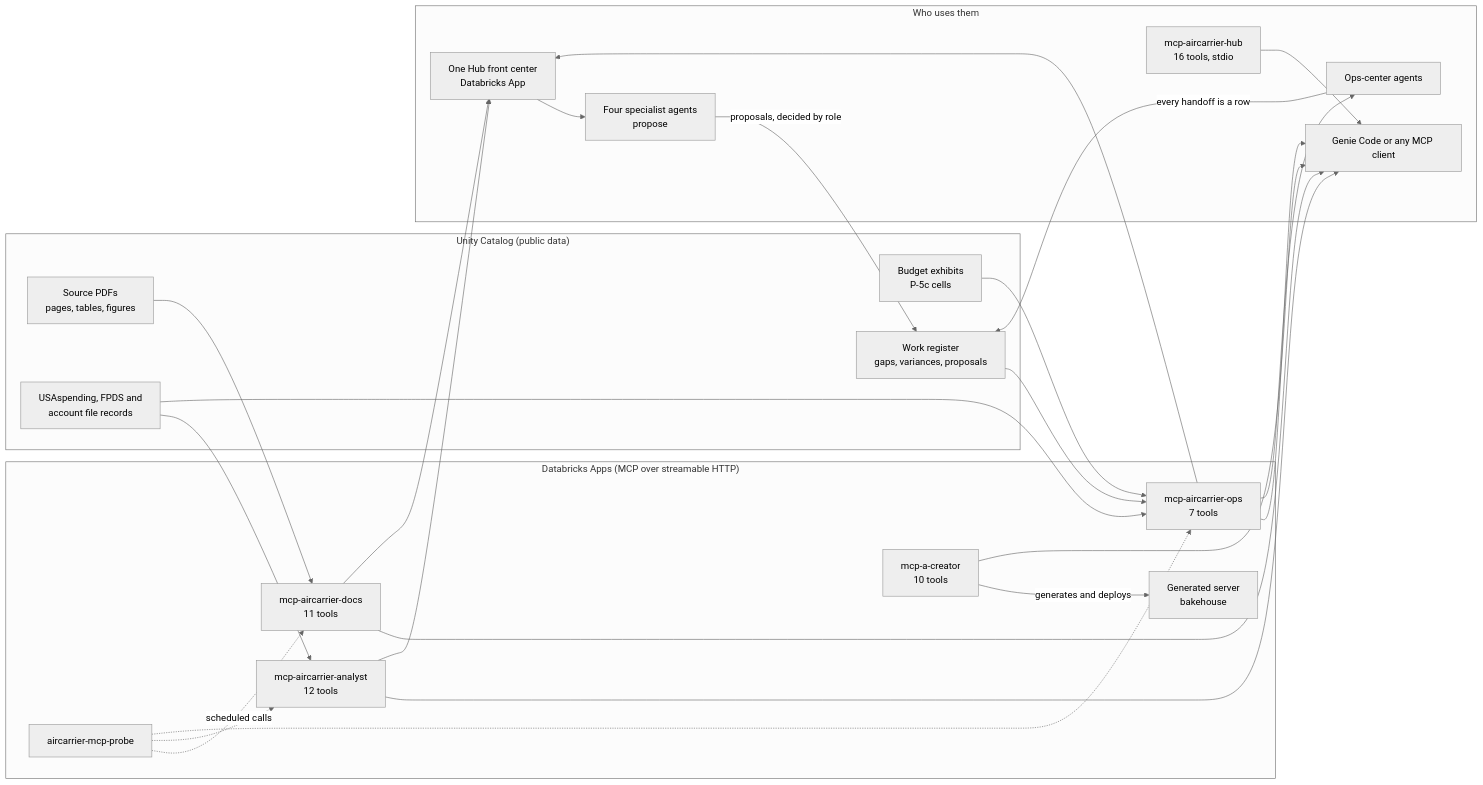
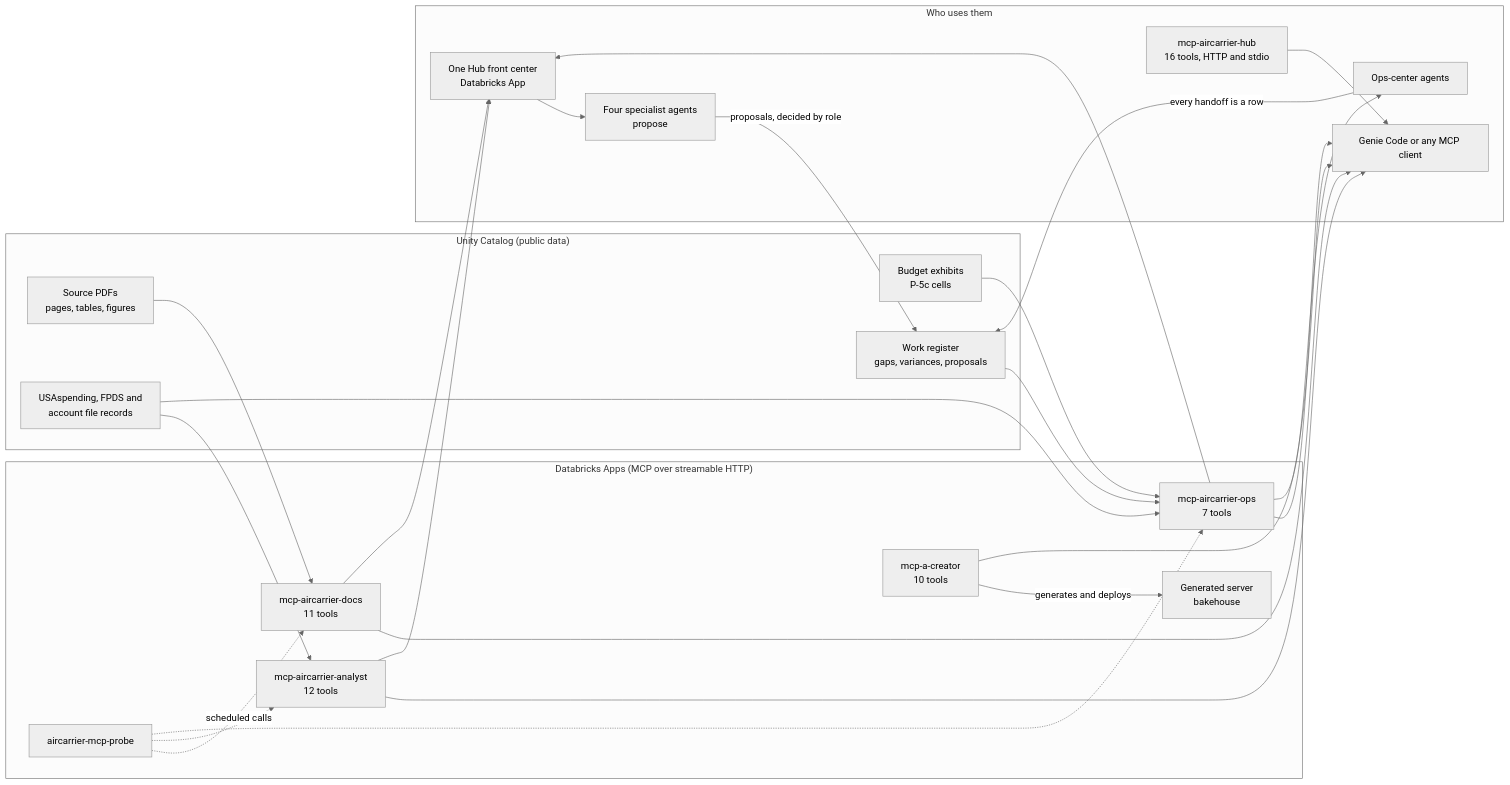
One commit to gsa-mcp-hackathon/gsa-hackathon-mcp-creator-and-agent-for-air-carrier changed the second of 2 diagrams in README.md. Above: the diagram before and after it, drawn with Mermaid (neutral theme). The commit also changed other lines of this file and 19 other files, not shown here.

````diff
--- a/README.md
+++ b/README.md
@@ -393,45 +400,45 @@
 ```mermaid
 flowchart LR
   subgraph Data["Unity Catalog (public data)"]
     PDF[Source PDFs<br/>pages, tables, figures]
     TX[USAspending, FPDS and<br/>account file records]
     EX[Budget exhibits<br/>P-5c cells]
     WR[Work register<br/>gaps, variances, proposals]
   end
   subgraph Apps["Databricks Apps (MCP over streamable HTTP)"]
     CR[mcp-a-creator<br/>10 tools]
     DOC[mcp-aircarrier-docs<br/>11 tools]
     AN[mcp-aircarrier-analyst<br/>12 tools]
     OPS[mcp-aircarrier-ops<br/>7 tools]
     GEN[Generated server<br/>bakehouse]
     PR[aircarrier-mcp-probe]
   end
   subgraph Use["Who uses them"]
     GC[Genie Code or any MCP client]
     FC[One Hub front center<br/>Databricks App]
     SP[Four specialist agents<br/>propose]
     AG[Ops-center agents]
-    HUB[mcp-aircarrier-hub<br/>16 tools, stdio]
+    HUB[mcp-aircarrier-hub<br/>16 tools, HTTP and stdio]
   end
   PDF --> DOC
   TX --> AN
   TX --> OPS
   EX --> OPS
   WR --> OPS
   CR -- generates and deploys --> GEN
   DOC --> GC
   AN --> GC
   OPS --> GC
   CR --> GC
   DOC --> FC
   AN --> FC
   OPS --> FC
   OPS --> AG
   FC --> SP
   SP -- proposals, decided by role --> WR
   HUB --> GC
   AG -- every handoff is a row --> WR
   PR -. scheduled calls .-> DOC
   PR -.-> AN
   PR -.-> OPS
 ```
````
